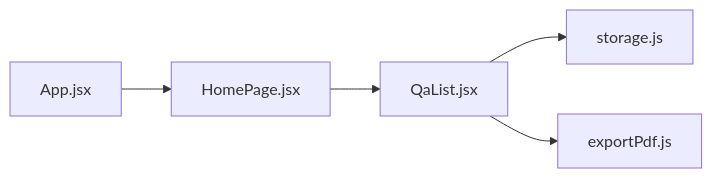
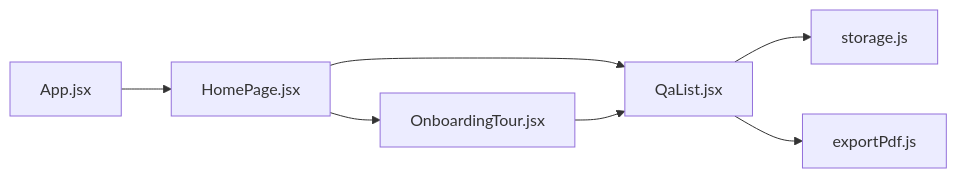
Before and after one commit to zmyeo54/briefroom: the fourth of 4 diagrams in .qoder/repowiki/en/content/Core Features/Interview Question Generator/Question List Management.md, drawn with Mermaid. The commit also changed other lines of this file and 32 other files, not shown here.

````diff
--- a/.qoder/repowiki/en/content/Core Features/Interview Question Generator/Question List Management.md
+++ b/.qoder/repowiki/en/content/Core Features/Interview Question Generator/Question List Management.md
@@ -239,7 +308,9 @@
 ```mermaid
 graph LR
 App["App.jsx"] --> Home["HomePage.jsx"]
 Home --> QaList["QaList.jsx"]
+Home --> Onboarding["OnboardingTour.jsx"]
 QaList --> Store["storage.js"]
 QaList --> Pdf["exportPdf.js"]
+Onboarding --> QaList
 ```
````
